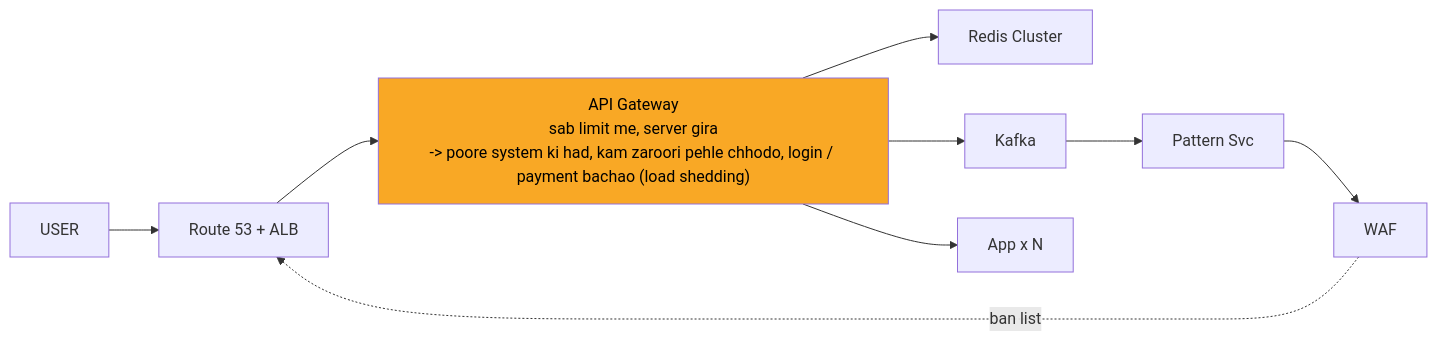
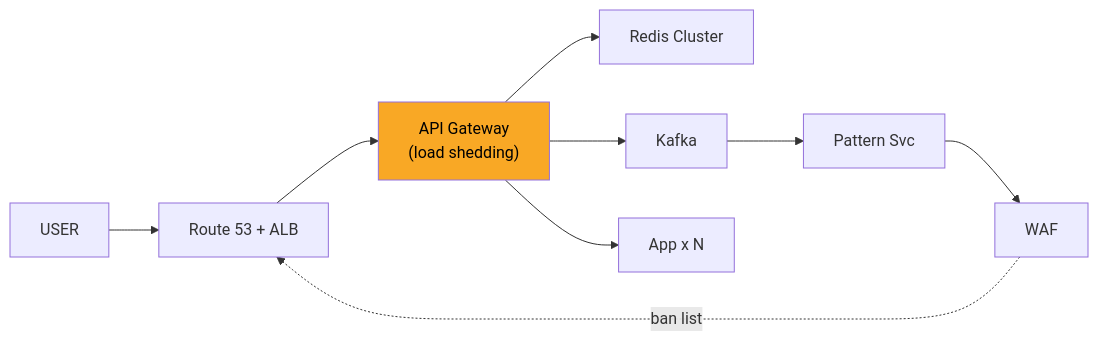
Before and after one commit to ArpanMaheshwari144/Prep: the diagram in 04_HLD/SYSTEM_DESIGNS/02_rate_limiter/img/c7.mmd, drawn with Mermaid. The commit also changed 28 other files, not shown here.

```diff
--- a/04_HLD/SYSTEM_DESIGNS/02_rate_limiter/img/c7.mmd
+++ b/04_HLD/SYSTEM_DESIGNS/02_rate_limiter/img/c7.mmd
@@ -1,19 +1,19 @@
 %%{init: {"flowchart": {"wrappingWidth": 450}}}%%
 flowchart LR
     n_USER["USER"]
     n_EDGE["Route 53 + ALB"]
-    n_API_Gateway["API Gateway<br/>sab limit me, server gira<br/>-> poore system ki had, kam zaroori pehle chhodo, login / payment bachao (load shedding)"]
+    n_API_Gateway["API Gateway<br/>(load shedding)"]
     n_Redis_Cluster["Redis Cluster"]
     n_Kafka["Kafka"]
     n_Pattern_Svc["Pattern Svc"]
     n_WAF["WAF"]
     n_App_xN["App x N"]
     n_EDGE --> n_API_Gateway
     n_API_Gateway --> n_Redis_Cluster
     n_API_Gateway --> n_App_xN
     n_Kafka --> n_Pattern_Svc
     n_Pattern_Svc --> n_WAF
     n_API_Gateway --> n_Kafka
     n_USER --> n_EDGE
     n_WAF -.->|ban list| n_EDGE
     style n_API_Gateway fill:#f9a825,color:#000
```
